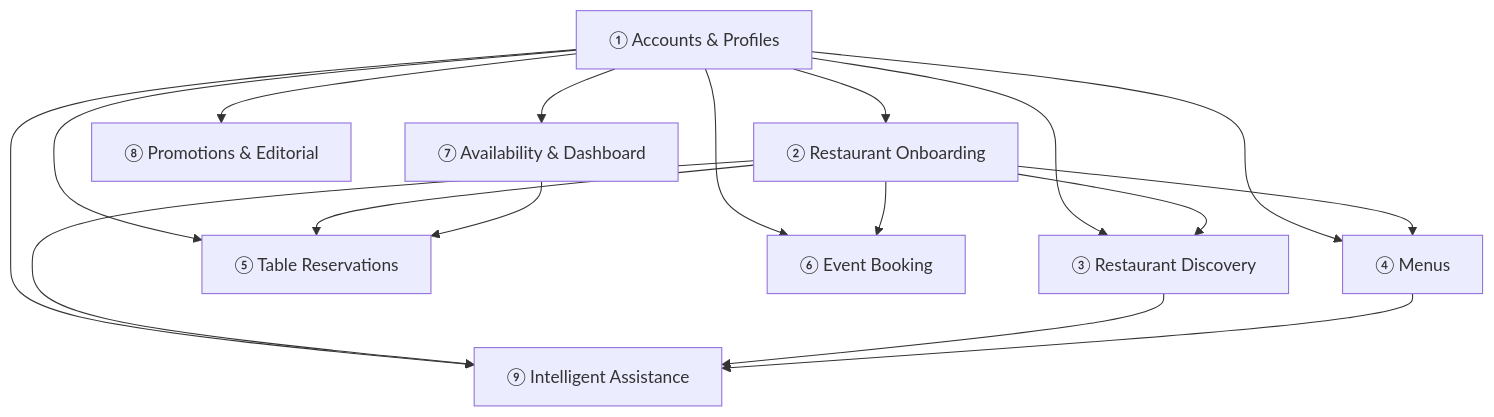
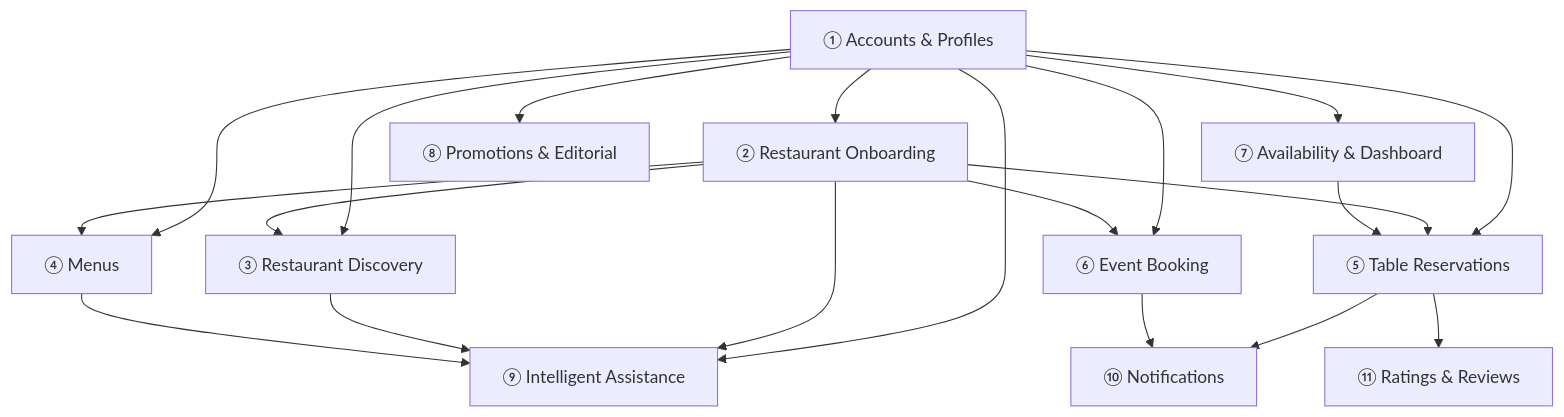
The first of 11 diagrams in docs/weekly-reports/Week1/Kien_FunctionalGroups/Kien.md (HoangCaoPhong/DineVina), drawn with Mermaid before and after one commit. The commit also changed other lines of this file, not shown here.

````diff
--- a/docs/weekly-reports/Week1/Kien_FunctionalGroups/Kien.md
+++ b/docs/weekly-reports/Week1/Kien_FunctionalGroups/Kien.md
@@ -33,32 +42,38 @@
 ```mermaid
 flowchart TD
     G1["① Accounts & Profiles"]
     G2["② Restaurant Onboarding"]
     G3["③ Restaurant Discovery"]
     G4["④ Menus"]
     G5["⑤ Table Reservations"]
     G6["⑥ Event Booking"]
     G7["⑦ Availability & Dashboard"]
     G8["⑧ Promotions & Editorial"]
     G9["⑨ Intelligent Assistance"]
+    G10["⑩ Notifications"]
+    G11["⑪ Ratings & Reviews"]
 
     G1 --> G2
     G1 --> G3
     G1 --> G4
     G1 --> G5
     G1 --> G6
     G1 --> G7
     G1 --> G8
     G1 --> G9
 
     G2 --> G3
     G2 --> G4
     G2 --> G5
     G2 --> G6
     G2 --> G9
 
     G7 --> G5
 
     G3 --> G9
     G4 --> G9
+
+    G5 --> G10
+    G6 --> G10
+    G5 --> G11
 ```
````
